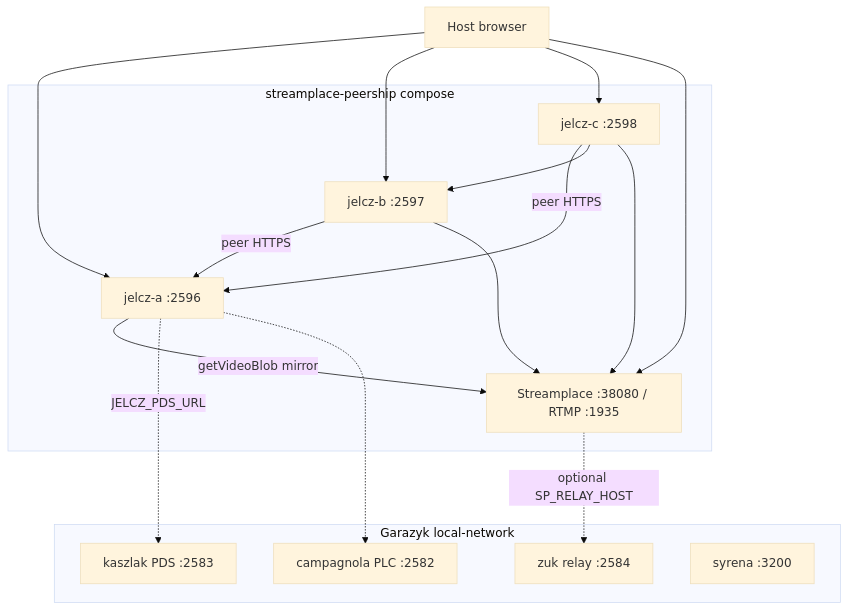
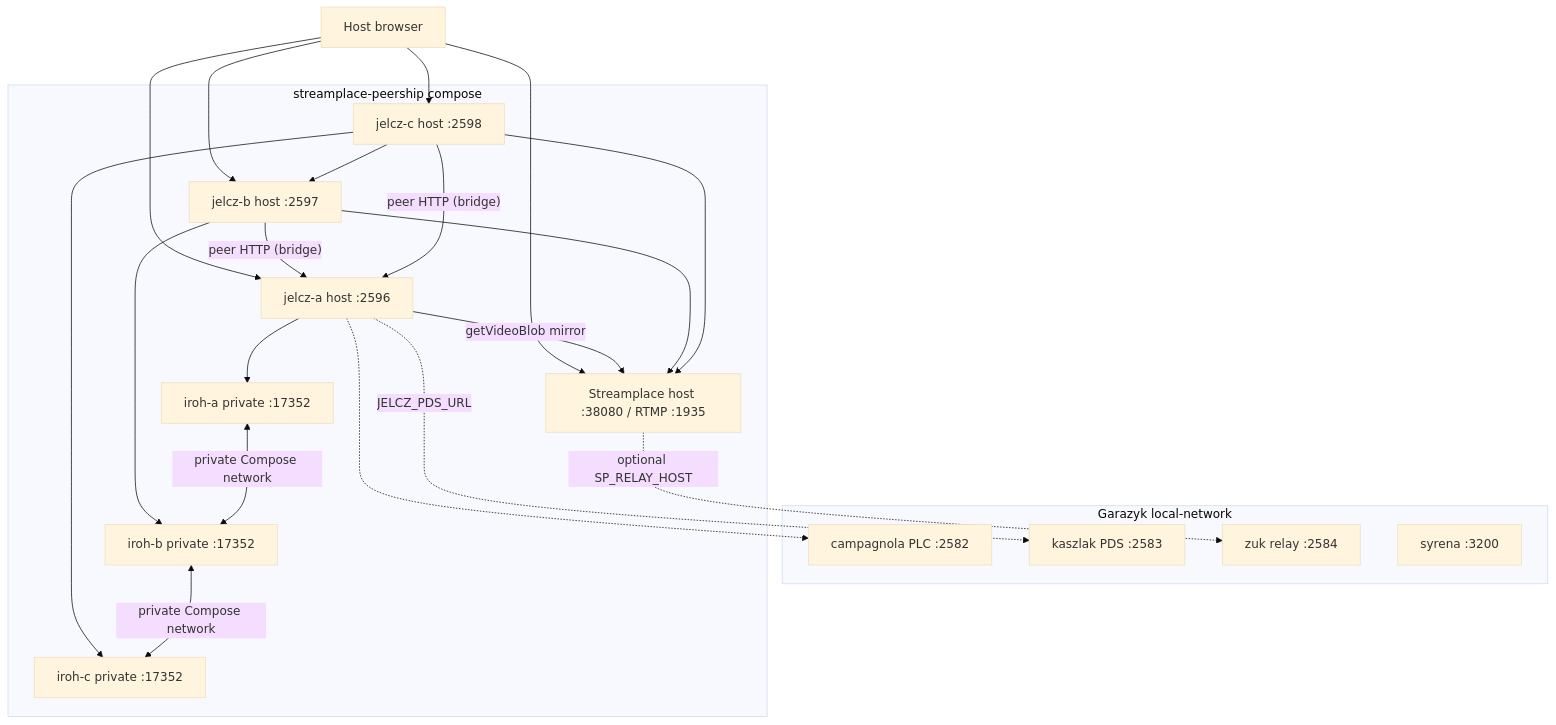
Before and after one commit to jvalinsky/garazyk: the diagram in docker/streamplace-peership/README.md, drawn with Mermaid (base theme). The commit also changed other lines of this file and 82 other files, not shown here.

````diff
--- a/docker/streamplace-peership/README.md
+++ b/docker/streamplace-peership/README.md
@@ -19,32 +23,40 @@
 ```mermaid
 flowchart TB
   subgraph atproto ["Garazyk local-network"]
     PLC[campagnola PLC :2582]
     PDS[kaszlak PDS :2583]
     Relay[zuk relay :2584]
     AppView[syrena :3200]
   end
 
   subgraph peers ["streamplace-peership compose"]
-    SP[Streamplace :38080 / RTMP :1935]
-    JA[jelcz-a :2596]
-    JB[jelcz-b :2597]
-    JC[jelcz-c :2598]
+    SP["Streamplace host :38080 / RTMP :1935"]
+    JA["jelcz-a host :2596"]
+    JB["jelcz-b host :2597"]
+    JC["jelcz-c host :2598"]
+    IA["iroh-a private :17352"]
+    IB["iroh-b private :17352"]
+    IC["iroh-c private :17352"]
   end
 
   Browser[Host browser] --> JA
   Browser --> JB
   Browser --> JC
   Browser --> SP
 
   JA -->|"getVideoBlob mirror"| SP
-  JB -->|"peer HTTPS"| JA
+  JB -->|"peer HTTP (bridge)"| JA
   JB --> SP
-  JC -->|"peer HTTPS"| JA
+  JC -->|"peer HTTP (bridge)"| JA
   JC --> JB
   JC --> SP
+  JA --> IA
+  JB --> IB
+  JC --> IC
+  IA <-->|"private Compose network"| IB
+  IB <-->|"private Compose network"| IC
 
   JA -.->|JELCZ_PDS_URL| PDS
   JA -.-> PLC
   SP -.->|"optional SP_RELAY_HOST"| Relay
 ```
````
